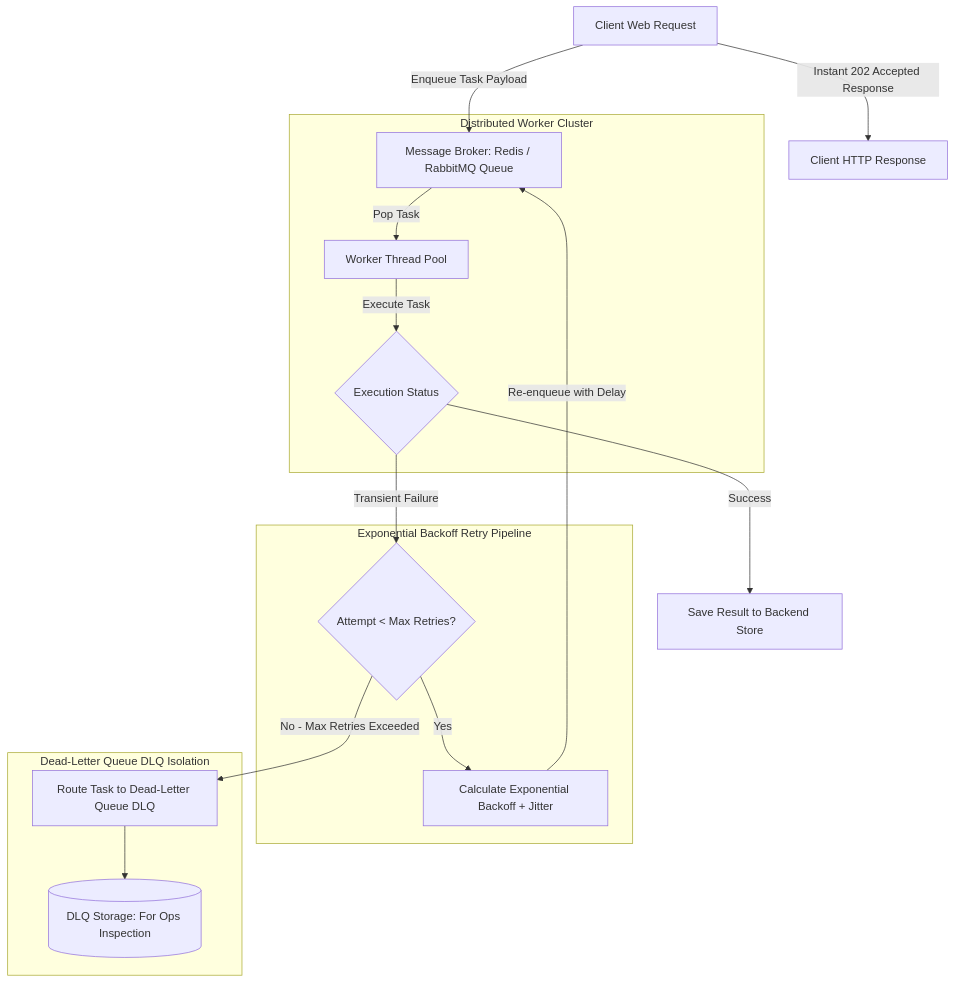
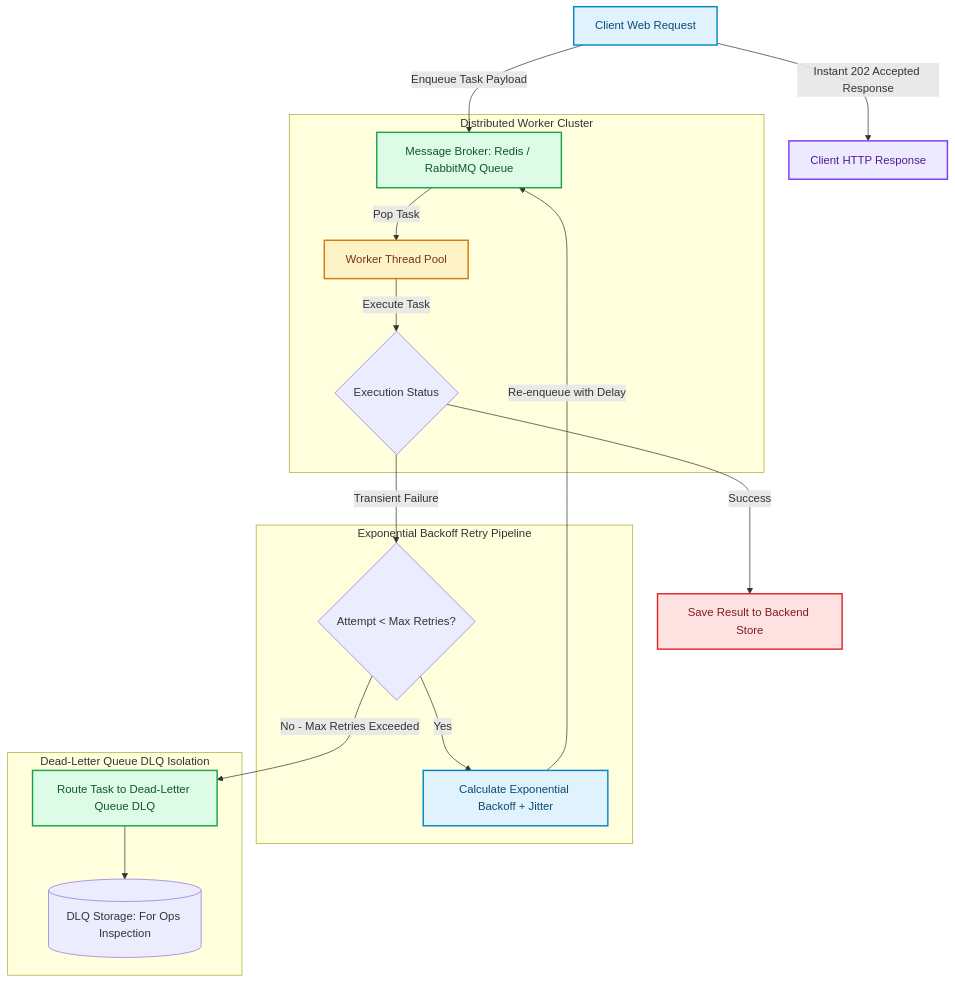
The diagram in blog/posts/asynchronous-job-queues-task-schedulers-distributed-workers.md (akmalkhaniub/akmalkhaniub.github.io), drawn with Mermaid before and after one commit. The commit also changed other lines of this file and 1291 other files, not shown here.

First line of the commit message:
feat(catalog): unique covers, scholarly references, and diagram palettes

````diff
--- a/blog/posts/asynchronous-job-queues-task-schedulers-distributed-workers.md
+++ b/blog/posts/asynchronous-job-queues-task-schedulers-distributed-workers.md
@@ -17,23 +17,34 @@
 ```mermaid
 flowchart TD
-  A[Client Web Request] -->|Enqueue Task Payload| B[Message Broker: Redis / RabbitMQ Queue]
-  A -->|Instant 202 Accepted Response| Client[Client HTTP Response]
+  A["Client Web Request"] -->|Enqueue Task Payload| B["Message Broker: Redis / RabbitMQ Queue"]
+  A -->|Instant 202 Accepted Response| Client["Client HTTP Response"]
   
   subgraph SG1_DistributedWorkerCluster ["Distributed Worker Cluster"]
-    B -->|Pop Task| C[Worker Thread Pool]
+    B -->|Pop Task| C["Worker Thread Pool"]
     C -->|Execute Task| D{Execution Status}
   end
   
-  D -->|Success| E[Save Result to Backend Store]
+  D -->|Success| E["Save Result to Backend Store"]
   D -->|Transient Failure| F{Attempt < Max Retries?}
   
   subgraph SG2_ExponentialBackoffRetry ["Exponential Backoff Retry Pipeline"]
-    F -->|Yes| G[Calculate Exponential Backoff + Jitter]
+    F -->|Yes| G["Calculate Exponential Backoff + Jitter"]
     G -->|Re-enqueue with Delay| B
   end
   
   subgraph SG3_DeadLetterQueue ["Dead-Letter Queue DLQ Isolation"]
-    F -->|No - Max Retries Exceeded| H[Route Task to Dead-Letter Queue DLQ]
+    F -->|No - Max Retries Exceeded| H["Route Task to Dead-Letter Queue DLQ"]
     H --> I[(DLQ Storage: For Ops Inspection)]
   end
+
+classDef green fill:#dcfce7,stroke:#16a34a,stroke-width:2px,color:#14532d;
+classDef red fill:#fee2e2,stroke:#dc2626,stroke-width:2px,color:#7f1d1d;
+classDef blue fill:#e0f2fe,stroke:#0284c7,stroke-width:2px,color:#0c4a6e;
+classDef yellow fill:#fef3c7,stroke:#d97706,stroke-width:2px,color:#78350f;
+classDef purple fill:#ede9fe,stroke:#7c3aed,stroke-width:2px,color:#4c1d95;
+class A,G blue
+class B,H green
+class Client purple
+class C yellow
+class E red
 ```
````
